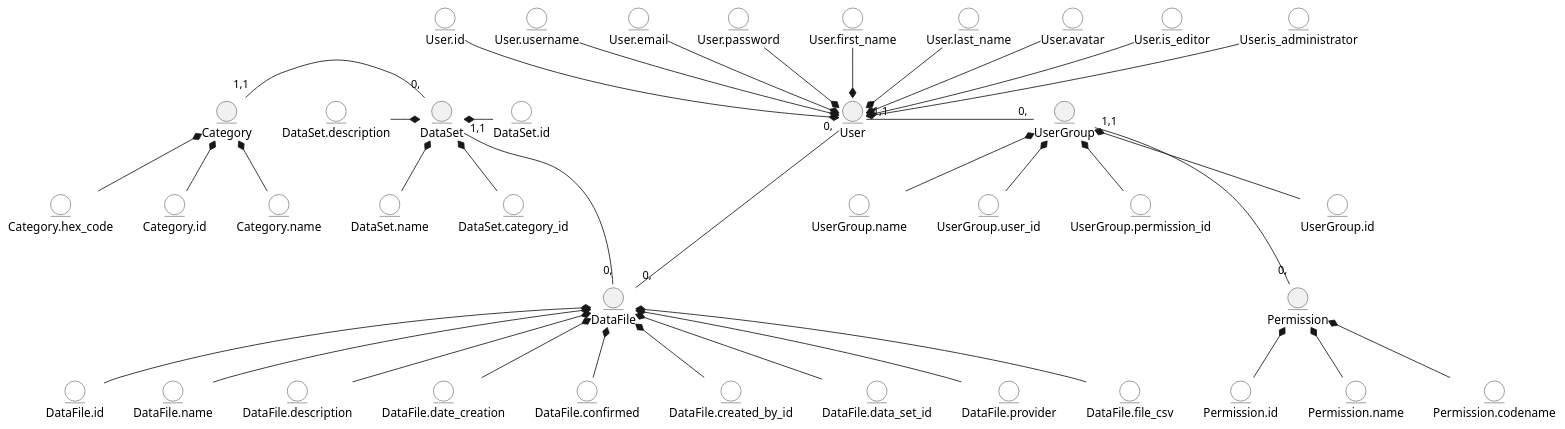
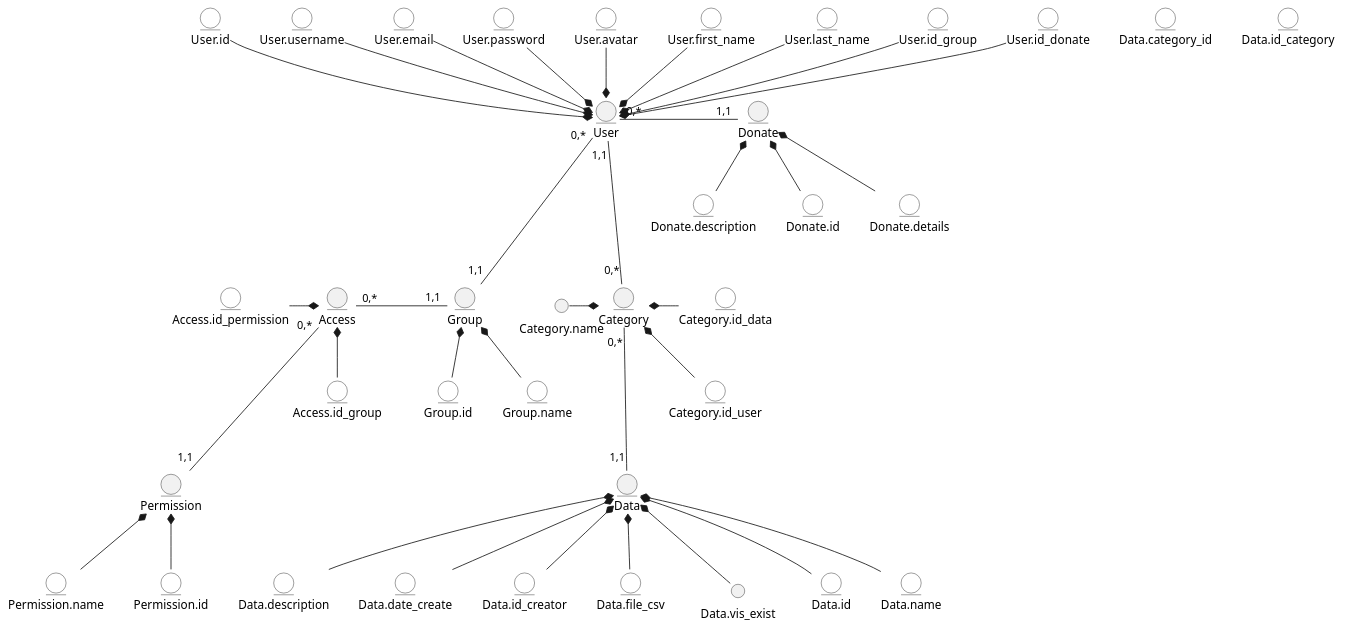
Before and after one commit to Shnaidruk/open_data_management_system: the first of 2 diagrams in docs/design/README.md, drawn with PlantUML. The commit also changed other lines of this file and 4 other files, not shown here.

```diff
--- a/docs/design/README.md
+++ b/docs/design/README.md
@@ -8,98 +6,90 @@
 @startuml
 entity Category
+entity Category.id_data  #ffffff
+entity Category.id_user #ffffff 
+ 
 
-entity Category.name #ffffff 
-entity Category.hex_code  #ffffff
-entity Category.id  #ffffff 
+entity Data
+entity Data.id  #ffffff 
+entity Data.name  #ffffff 
+entity Data.description  #ffffff 
+entity Data.category_id  #ffffff
+entity Data.date_create #ffffff
+entity Data.id_creator #ffffff
+entity Data.file_csv #ffffff
+entity Data.id_category #ffffff
 
-entity DataSet
 
-entity DataSet.id  #ffffff 
-entity DataSet.name  #ffffff 
-entity DataSet.description  #ffffff 
-entity DataSet.category_id  #ffffff
-
-entity DataFile
-
-entity DataFile.id  #ffffff 
-entity DataFile.name  #ffffff 
-entity DataFile.description  #ffffff 
-entity DataFile.date_creation #ffffff 
-entity DataFile.confirmed  #ffffff 
-entity DataFile.created_by_id  #ffffff 
-entity DataFile.data_set_id  #ffffff
-entity DataFile.provider  #ffffff 
-entity DataFile.file_csv #ffffff
 
 entity User
-
-
 entity User.id  #ffffff 
 entity User.username  #ffffff
 entity User.email  #ffffff 
 entity User.password  #ffffff 
+entity User.avatar #ffffff
 entity User.first_name  #ffffff 
-entity User.last_name  #ffffff
-entity User.avatar #ffffff 
-entity User.is_editor  #ffffff 
-entity User.is_administrator #ffffff 
+entity User.last_name  #ffffff 
+entity User.id_group #ffffff 
+entity User.id_donate #ffffff 
 
-entity UserGroup
+entity Group
+entity Group.id  #ffffff 
+entity Group.name  #ffffff 
 
-entity UserGroup.id  #ffffff 
-entity UserGroup.name  #ffffff 
-entity UserGroup.user_id  #ffffff 
-entity UserGroup.permission_id  #ffffff
+entity Access
+entity Access.id_group #ffffff 
+entity Access.id_permission #ffffff 
+
 
 entity Permission
-
 entity Permission.id  #ffffff 
 entity Permission.name  #ffffff 
-entity Permission.codename  #ffffff
 
-Category "1,1" --r- "0," DataSet 
-DataSet "1,1" --d- "0," DataFile 
-User "1,1" --r- "0," UserGroup 
-DataFile "0," --u- "0," User 
-UserGroup "1,1" --down- "0," Permission
+entity Donate
+entity Donate.id #ffffff 
+entity Donate.details #ffffff 
+entity Donate.description #ffffff 
 
-Category.id -u-* Category 
-Category.name -u-* Category 
-Category.hex_code -u-* Category
+User "1,1" --d- "0,*" Category
+Category "0,*" -d-- "1,1" Data
+User "0,*" --d- "1,1" Group
+Access "0,*" -r-- "1,1" Group
+Access "0,*" -d-- "1,1" Permission
+User "0,*" --r- "1,1" Donate
 
-DataSet.id -l-* DataSet 
-DataSet.name -u-* DataSet
-
-DataSet.description -r-* DataSet 
-DataSet.category_id -u-* DataSet
-
-DataFile.id -u-* DataFile 
-DataFile.name -u-* DataFile 
-DataFile.description -u-* DataFile 
-DataFile.file_csv -u-* DataFile 
-DataFile.provider -u-* DataFile 
-DataFile.date_creation -u-* DataFile 
-DataFile.confirmed -u-* DataFile 
-DataFile.created_by_id -u-* DataFile 
-DataFile.data_set_id -u-* DataFile
-
+User.id  -d-* User
+User.username  -d-* User
+User.email -d-* User
+User.password  -d-* User
 User.avatar -d-* User
-User.id -d-* User 
-User.password -d-* User 
-User.is_editor -d-* User 
-User.username -d-* User 
 User.first_name -d-* User 
 User.last_name -d-* User 
-User.email -d-* User 
-User.is_administrator -d-* User
+User.id_group -d-* User 
+User.id_donate -d-* User
 
-UserGroup.id -u-* UserGroup 
-UserGroup.name -u-* UserGroup 
-UserGroup.user_id -u-* UserGroup 
-UserGroup.permission_id -u-* UserGroup
+Data.id -u-* Data 
+Data.name -u-* Data  
+Data.description -u-* Data 
+Data.date_create -u-* Data
+Data.id_creator -u-* Data
+Data.file_csv -u-* Data
+Data.vis_exist -u-* Data
 
-Permission.id -u-* Permission 
-Permission.name -u-* Permission 
-Permission.codename -u-* Permission
 
+Category.name -r-* Category 
+Category.id_data -l-* Category 
+Category.id_user -u-* Category
+
+Group.id -u-* Group
+Group.name -u-* Group
+
+Access.id_group -u-* Access
+Access.id_permission -r-* Access
+   
+Permission.id  -u-* Permission
+Permission.name -u-* Permission
+
+Donate.id -u-* Donate
+Donate.details -u-* Donate
+Donate.description  -u-* Donate
 @enduml
```
